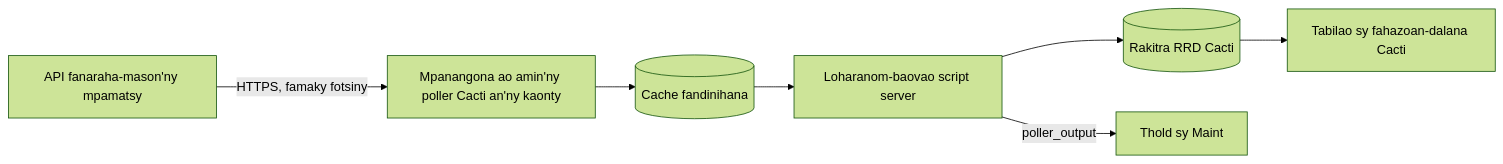
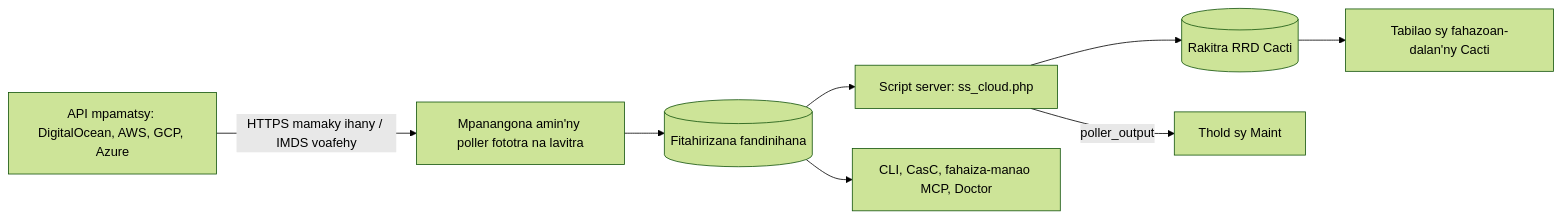
Before and after one commit to somethingwithproof/plugin_cloud: the diagram in docs/i18n/mg-MG/README.md, drawn with Mermaid (forest theme). The commit also changed other lines of this file and 48 other files, not shown here.

First line of the commit message:
docs(readme): document AWS, GCP, Azure drivers, remote collectors, and ecosystem hooks

````diff
--- a/docs/i18n/mg-MG/README.md
+++ b/docs/i18n/mg-MG/README.md
@@ -100,9 +148,10 @@
 ```mermaid
 flowchart LR
-    API["API fanaraha-mason'ny mpamatsy"] -->|"HTTPS, famaky fotsiny"| C["Mpanangona ao amin'ny poller Cacti an'ny kaonty"]
-    C --> O[("Cache fandinihana")]
-    O --> SS["Loharanom-baovao script server"]
-    SS --> RRD[("Rakitra RRD Cacti")]
-    SS -->|poller_output| T["Thold sy Maint"]
-    RRD --> G["Tabilao sy fahazoan-dalana Cacti"]
+    API[API mpamatsy: DigitalOcean, AWS, GCP, Azure] -->|HTTPS mamaky ihany / IMDS voafehy| C[Mpanangona amin'ny poller fototra na lavitra]
+    C --> O[(Fitahirizana fandinihana)]
+    O --> SS[Script server: ss_cloud.php]
+    SS --> RRD[(Rakitra RRD Cacti)]
+    SS -->|poller_output| T[Thold sy Maint]
+    RRD --> G[Tabilao sy fahazoan-dalan'ny Cacti]
+    O --> ECO[CLI, CasC, fahaiza-manao MCP, Doctor]
 ```
````
